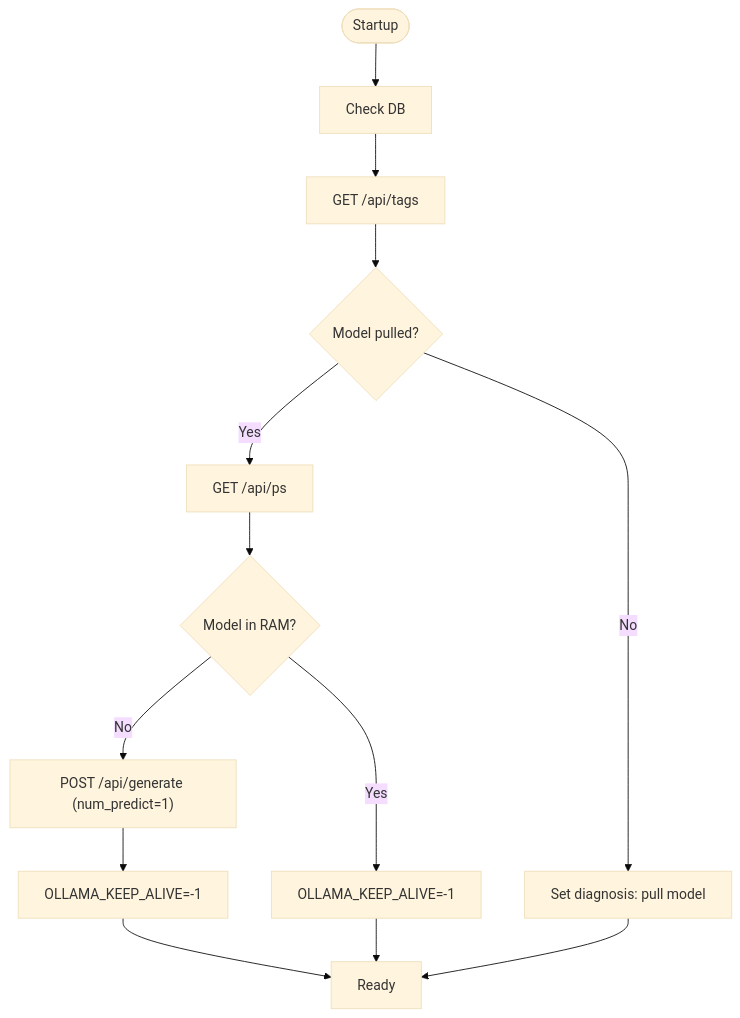
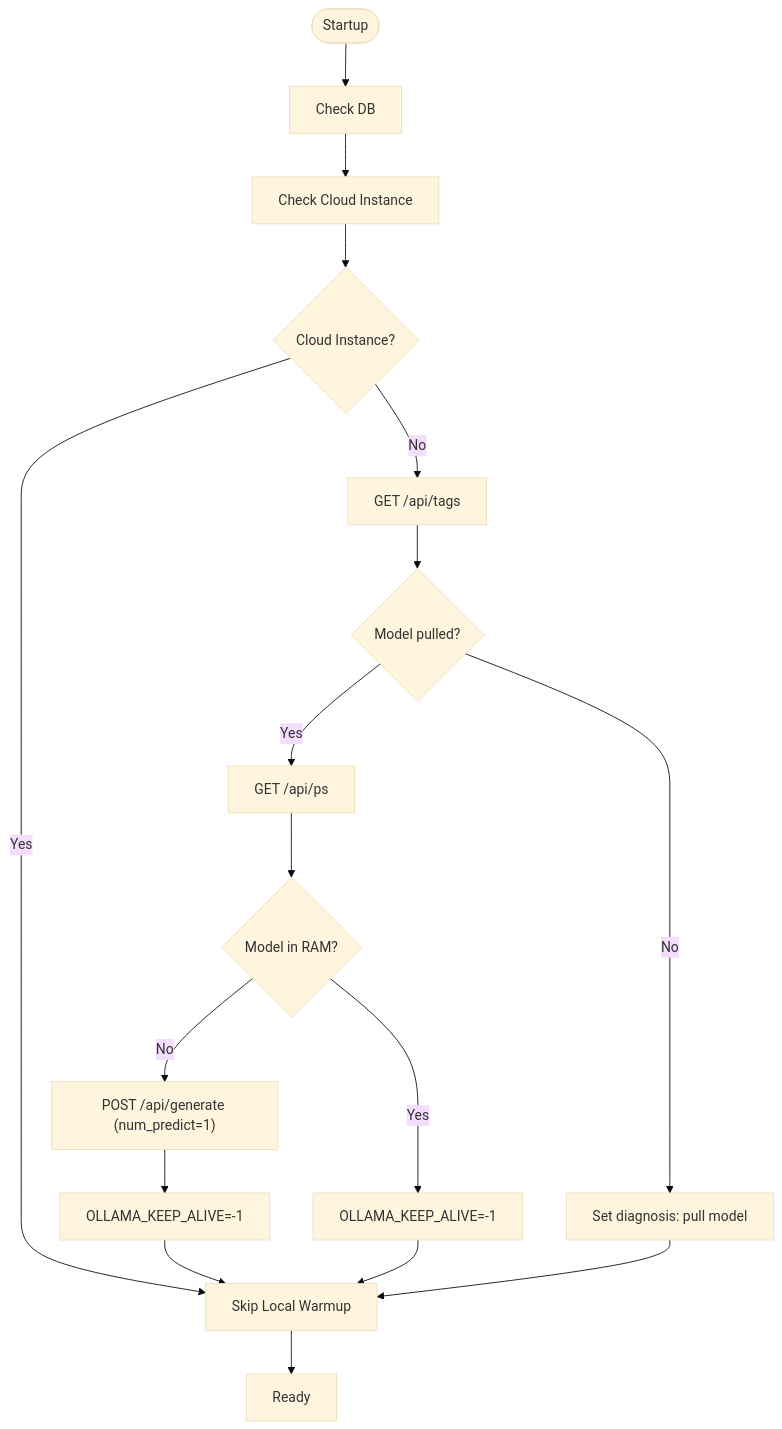
One commit to Revanththetalogics/aireume changed diagram 14 of 15 in .qoder/repowiki/en/content/Analysis Engine/LLM Service Integration.md. Above: the diagram before and after it, drawn with Mermaid (base theme). The commit also changed other lines of this file and 11 other files, not shown here.

````diff
--- a/.qoder/repowiki/en/content/Analysis Engine/LLM Service Integration.md
+++ b/.qoder/repowiki/en/content/Analysis Engine/LLM Service Integration.md
@@ -597,15 +701,19 @@
 ```mermaid
 flowchart TD
 Start(["Startup"]) --> DBCheck["Check DB"]
-DBCheck --> OllamaTags["GET /api/tags"]
+DBCheck --> CloudCheck["Check Cloud Instance"]
+CloudCheck --> IsCloud{"Cloud Instance?"}
+IsCloud --> |Yes| SkipWarmup["Skip Local Warmup"]
+IsCloud --> |No| OllamaTags["GET /api/tags"]
 OllamaTags --> ModelsFound{"Model pulled?"}
 ModelsFound --> |No| Diagnose["Set diagnosis: pull model"]
 ModelsFound --> |Yes| PS["GET /api/ps"]
 PS --> Hot{"Model in RAM?"}
 Hot --> |No| Warm["POST /api/generate (num_predict=1)"]
 Warm --> KeepAlive["OLLAMA_KEEP_ALIVE=-1"]
-KeepAlive --> Ready["Ready"]
+KeepAlive --> SkipWarmup
 Hot --> |Yes| KeepAlive2["OLLAMA_KEEP_ALIVE=-1"]
-KeepAlive2 --> Ready
-Diagnose --> Ready
+KeepAlive2 --> SkipWarmup
+Diagnose --> SkipWarmup
+SkipWarmup --> Ready["Ready"]
 ```
````
